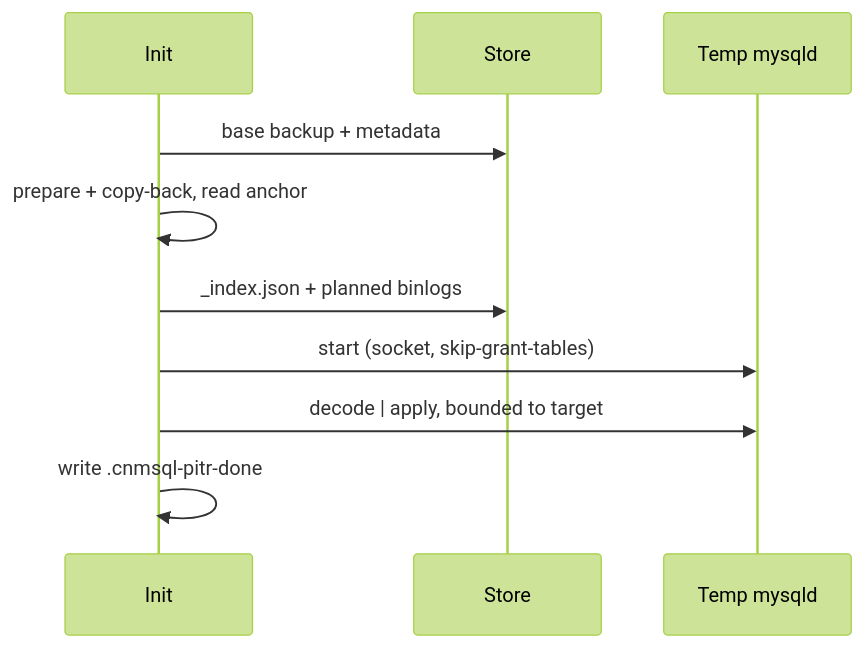
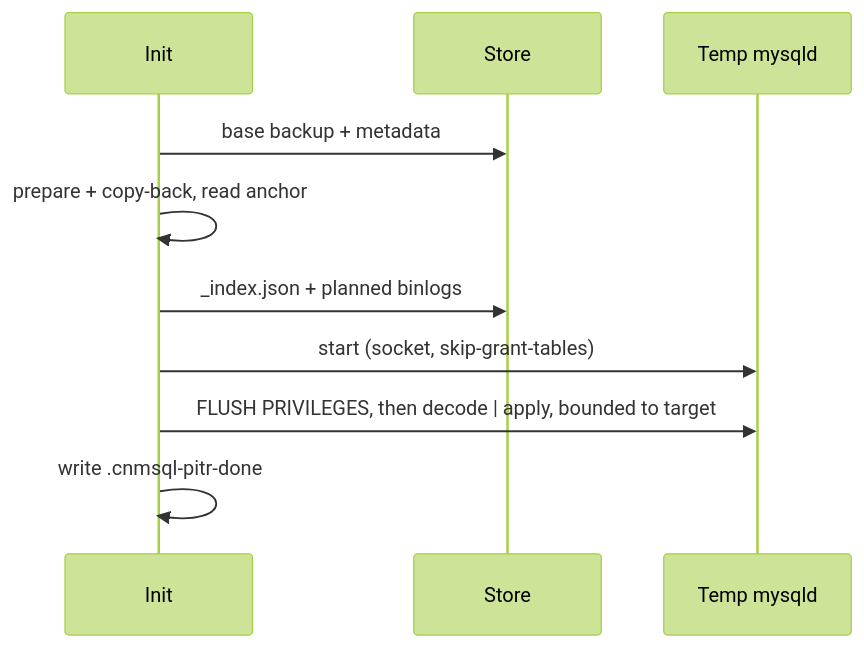
Before and after one commit to cnmsql/cnmsql: the second of 2 diagrams in docs/src/pitr-internals.md, drawn with Mermaid (forest theme). The commit also changed other lines of this file and 4 other files, not shown here.

````diff
--- a/docs/src/pitr-internals.md
+++ b/docs/src/pitr-internals.md
@@ -212,12 +216,12 @@
 ```mermaid
 sequenceDiagram
     participant Init
     participant Store
     participant Temp as Temp mysqld
     Init->>Store: base backup + metadata
     Init->>Init: prepare + copy-back, read anchor
     Init->>Store: _index.json + planned binlogs
     Init->>Temp: start (socket, skip-grant-tables)
-    Init->>Temp: decode | apply, bounded to target
+    Init->>Temp: FLUSH PRIVILEGES, then decode | apply, bounded to target
     Init->>Init: write .cnmsql-pitr-done
 ```
````
